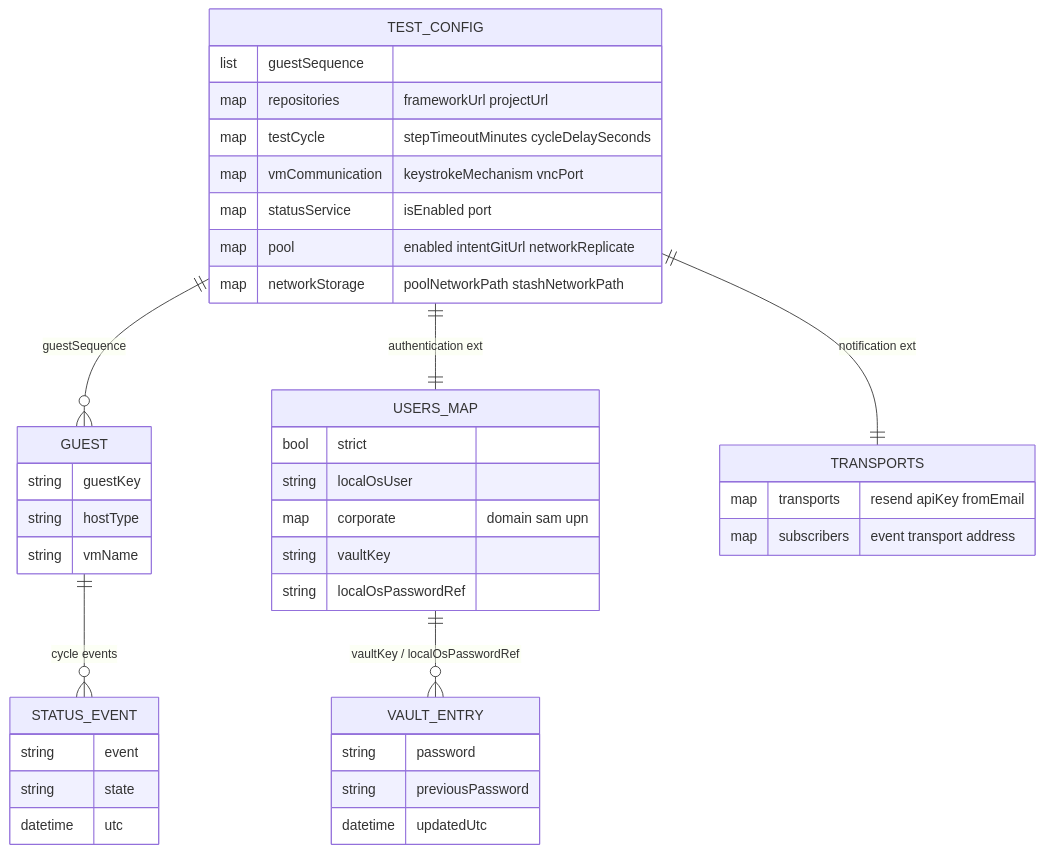
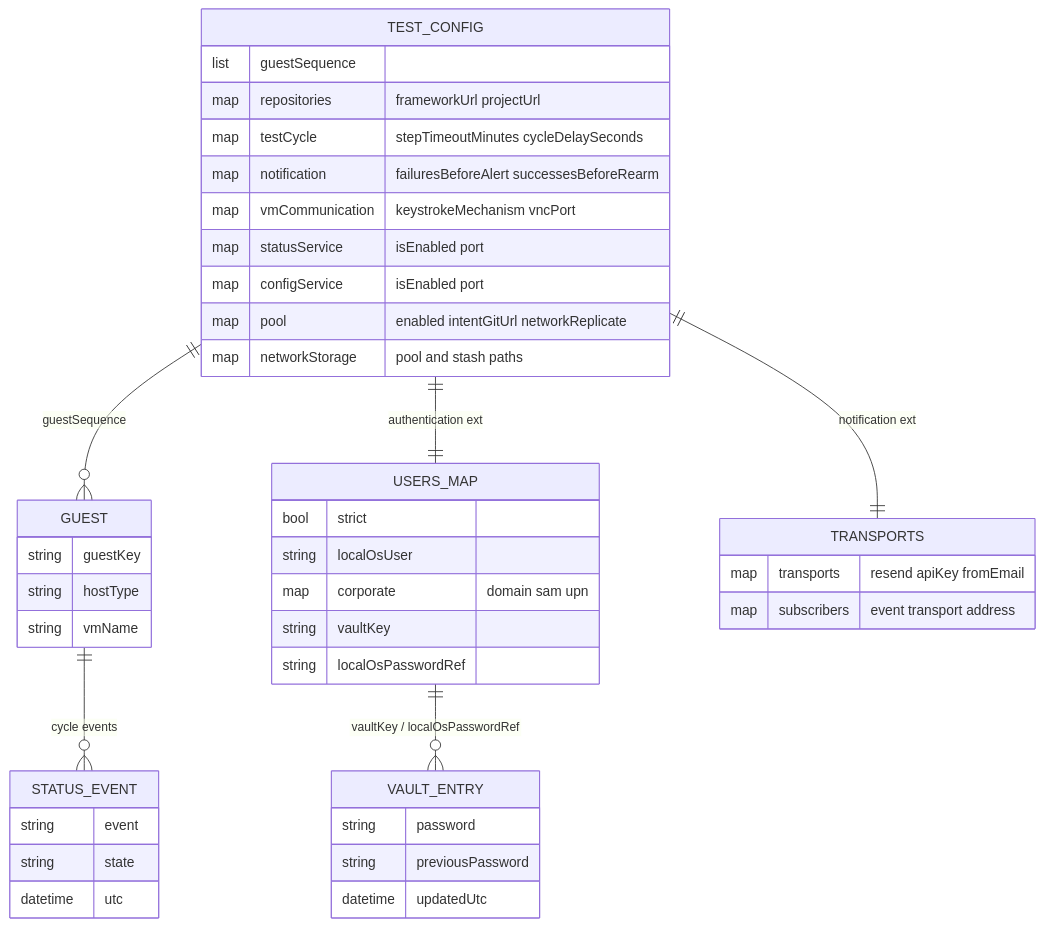
Before and after one commit to alissonsol/yuruna: the second of 2 diagrams in docs/design/05-data-model.md, drawn with Mermaid. The commit also changed other lines of this file and 492 other files, not shown here.

````diff
--- a/docs/design/05-data-model.md
+++ b/docs/design/05-data-model.md
@@ -54,44 +74,46 @@
 ```mermaid
 erDiagram
     TEST_CONFIG ||--o{ GUEST : guestSequence
     TEST_CONFIG ||--|| USERS_MAP : "authentication ext"
     TEST_CONFIG ||--|| TRANSPORTS : "notification ext"
     USERS_MAP ||--o{ VAULT_ENTRY : "vaultKey / localOsPasswordRef"
     GUEST ||--o{ STATUS_EVENT : "cycle events"
 
     TEST_CONFIG {
         list guestSequence
         map repositories "frameworkUrl projectUrl"
         map testCycle "stepTimeoutMinutes cycleDelaySeconds"
+        map notification "failuresBeforeAlert successesBeforeRearm"
         map vmCommunication "keystrokeMechanism vncPort"
         map statusService "isEnabled port"
+        map configService "isEnabled port"
         map pool "enabled intentGitUrl networkReplicate"
-        map networkStorage "poolNetworkPath stashNetworkPath"
+        map networkStorage "pool and stash paths"
     }
     GUEST {
         string guestKey
         string hostType
         string vmName
     }
     USERS_MAP {
         bool strict
         string localOsUser
         map corporate "domain sam upn"
         string vaultKey
         string localOsPasswordRef
     }
     VAULT_ENTRY {
         string password
         string previousPassword
         datetime updatedUtc
     }
     TRANSPORTS {
         map transports "resend apiKey fromEmail"
         map subscribers "event transport address"
     }
     STATUS_EVENT {
         string event
         string state
         datetime utc
     }
 ```
````
